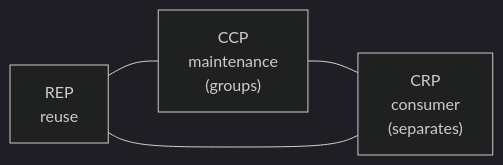
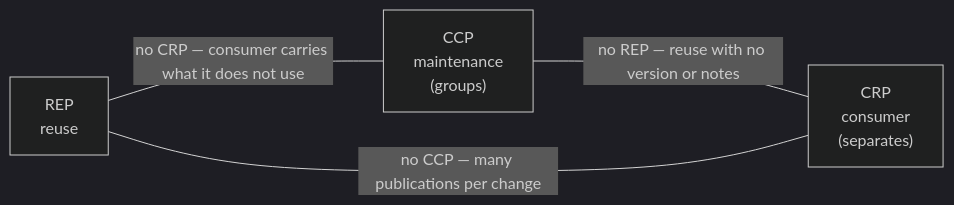
One commit to oadcavalcante/software-architecture-mastery changed the diagram in i18n/en-US/docusaurus-plugin-content-docs/current/02-software-design/package-design.md. Above: the diagram before and after it, drawn with Mermaid (dark theme). The commit also changed other lines of this file and 21 other files, not shown here.

````diff
--- a/i18n/en-US/docusaurus-plugin-content-docs/current/02-software-design/package-design.md
+++ b/i18n/en-US/docusaurus-plugin-content-docs/current/02-software-design/package-design.md
@@ -75,6 +77,6 @@
 ```mermaid
 graph LR
-  REP["REP<br/>reuse"] --- CCP["CCP<br/>maintenance<br/>(groups)"]
-  CCP --- CRP["CRP<br/>consumer<br/>(separates)"]
-  CRP --- REP
+  REP["REP<br/>reuse"] ---|no CRP — consumer carries what it does not use| CCP["CCP<br/>maintenance<br/>(groups)"]
+  CCP ---|no REP — reuse with no version or notes| CRP["CRP<br/>consumer<br/>(separates)"]
+  CRP ---|no CCP — many publications per change| REP
 ```
````
